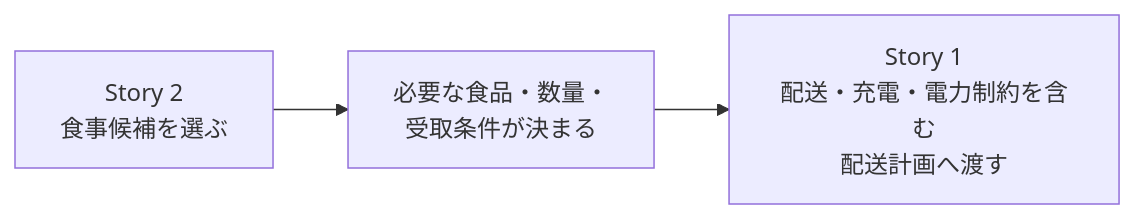
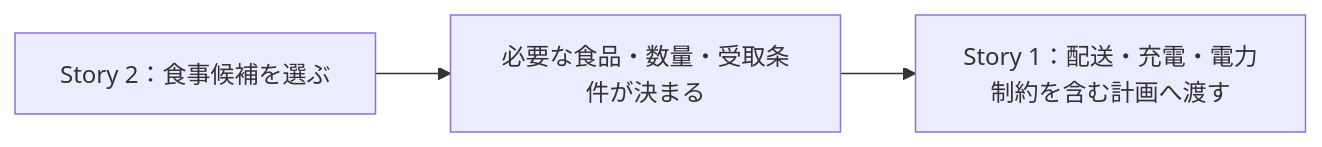
The third of 3 diagrams in docs/m1-01-to-m1-07-background-ideas-story-trunks-mermaid-ja.md (tkm-sano/everyday-futures-to-quantum-use-cases), drawn with Mermaid before and after one commit. The commit also changed other lines of this file and 3 other files, not shown here.

````diff
--- a/docs/m1-01-to-m1-07-background-ideas-story-trunks-mermaid-ja.md
+++ b/docs/m1-01-to-m1-07-background-ideas-story-trunks-mermaid-ja.md
@@ -319,8 +319,8 @@
 ```mermaid
 flowchart LR
-    S2["Story 2<br/>食事候補を選ぶ"]
-    O["必要な食品・数量・<br/>受取条件が決まる"]
-    S1["Story 1<br/>配送・充電・電力制約を含む<br/>配送計画へ渡す"]
+    S2["Story 2：食事候補を選ぶ"]
+    O["必要な食品・数量・受取条件が決まる"]
+    S1["Story 1：配送・充電・電力制約を含む計画へ渡す"]
 
     S2 --> O --> S1
 ```
````
